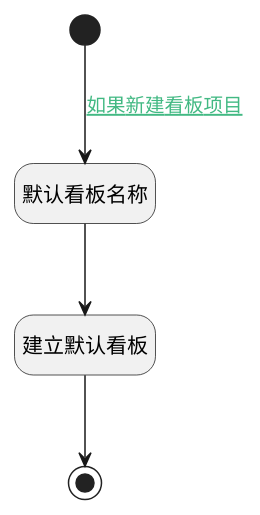
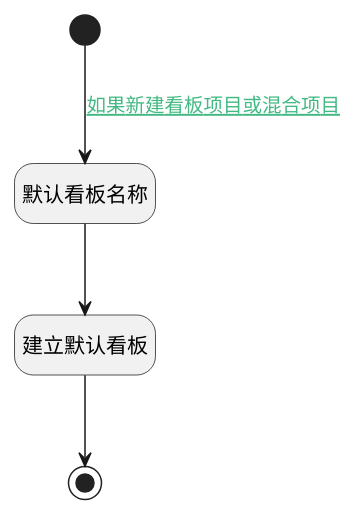
The diagram in doc/docsify/module/ProjMgmt/project/logic/create_default_board.md (iBizLab/plm), drawn with PlantUML before and after one commit. The commit also changed other lines of this file and 862 other files, not shown here.

````diff
--- a/doc/docsify/module/ProjMgmt/project/logic/create_default_board.md
+++ b/doc/docsify/module/ProjMgmt/project/logic/create_default_board.md
@@ -7,23 +7,23 @@
 ```plantuml
 @startuml
 hide empty description
 <style>
 root {
   HyperlinkColor #42b983
 }
 </style>
 
 hide empty description
 state "开始" as Begin <<start>> [[$./create_default_board#begin {"开始"}]]
 state "默认看板名称" as PREPAREPARAM1  [[$./create_default_board#prepareparam1 {"默认看板名称"}]]
 state "建立默认看板" as DEACTION1  [[$./create_default_board#deaction1 {"建立默认看板"}]]
 state "结束" as END1 <<end>> [[$./create_default_board#end1 {"结束"}]]
 
 
-Begin --> PREPAREPARAM1 : [[$./create_default_board#begin-prepareparam1{如果新建看板项目} 如果新建看板项目]]
+Begin --> PREPAREPARAM1 : [[$./create_default_board#begin-prepareparam1{如果新建看板项目或混合项目} 如果新建看板项目或混合项目]]
 PREPAREPARAM1 --> DEACTION1
 DEACTION1 --> END1
 
 
 @enduml
 ```
````
